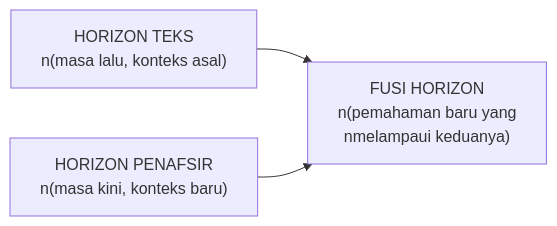
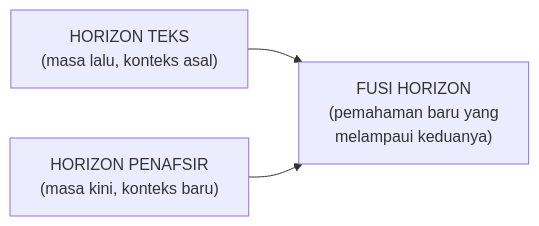
The eighth of 10 diagrams in content/Lectures/filsafat-hukum-postmidterm.md (hifdzimaulana/beate-vivere), drawn with Mermaid before and after one commit. The commit also changed other lines of this file and 1 other file, not shown here.

````diff
--- a/content/Lectures/filsafat-hukum-postmidterm.md
+++ b/content/Lectures/filsafat-hukum-postmidterm.md
@@ -620,8 +598,8 @@
 ```mermaid
 graph LR
-    A["HORIZON TEKS<br/>n(masa lalu, konteks asal)"]
-    B["HORIZON PENAFSIR<br/>n(masa kini, konteks baru)"]
-    C["FUSI HORIZON<br/>n(pemahaman baru yang<br/>nmelampaui keduanya)"]
+    A["HORIZON TEKS</br>(masa lalu, konteks asal)"]
+    B["HORIZON PENAFSIR</br>(masa kini, konteks baru)"]
+    C["FUSI HORIZON</br>(pemahaman baru yang</br>melampaui keduanya)"]
     A --> C
     B --> C
 ```
````
